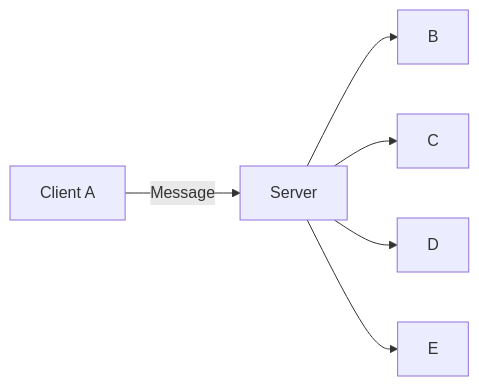
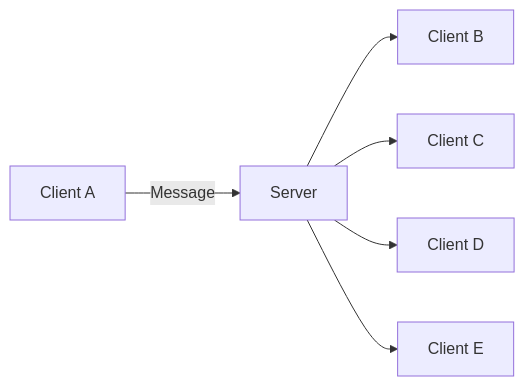
Before and after one commit to Summoner-Network/summoner-docs: the diagram in guide_sdk/getting_started/quickstart/begin_server.md, drawn with Mermaid.

Commit message:
changed diagram

````diff
--- a/guide_sdk/getting_started/quickstart/begin_server.md
+++ b/guide_sdk/getting_started/quickstart/begin_server.md
@@ -176,8 +176,8 @@
 ```mermaid
 flowchart LR
     A[Client A] -->|Message| Server
-    Server --> B
-    Server --> C
-    Server --> D
-    Server --> E
+    Server --> B[Client B]
+    Server --> C[Client C]
+    Server --> D[Client D]
+    Server --> E[Client E]
 ```
````
